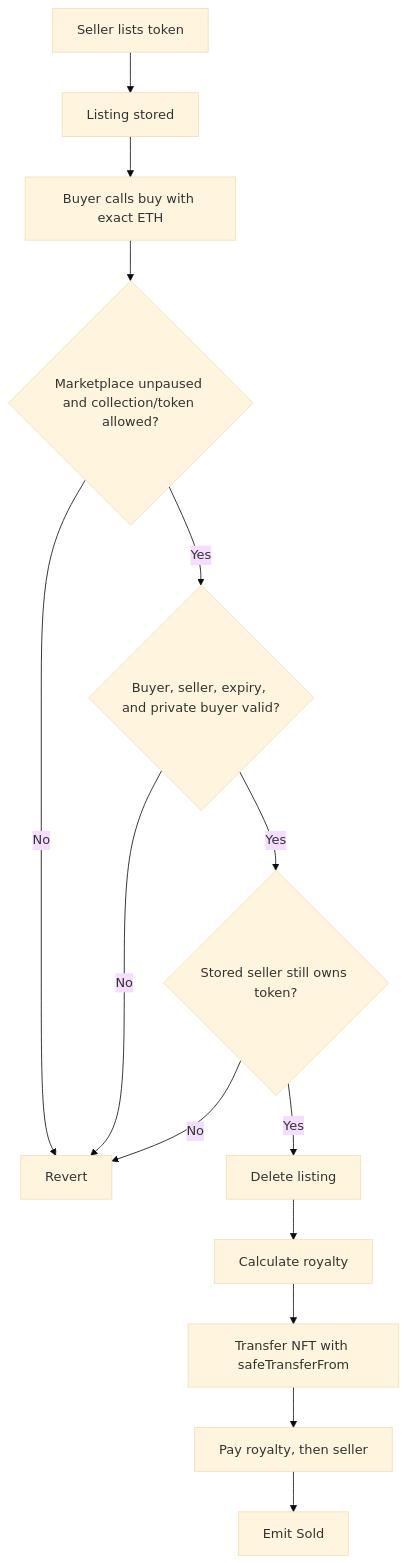
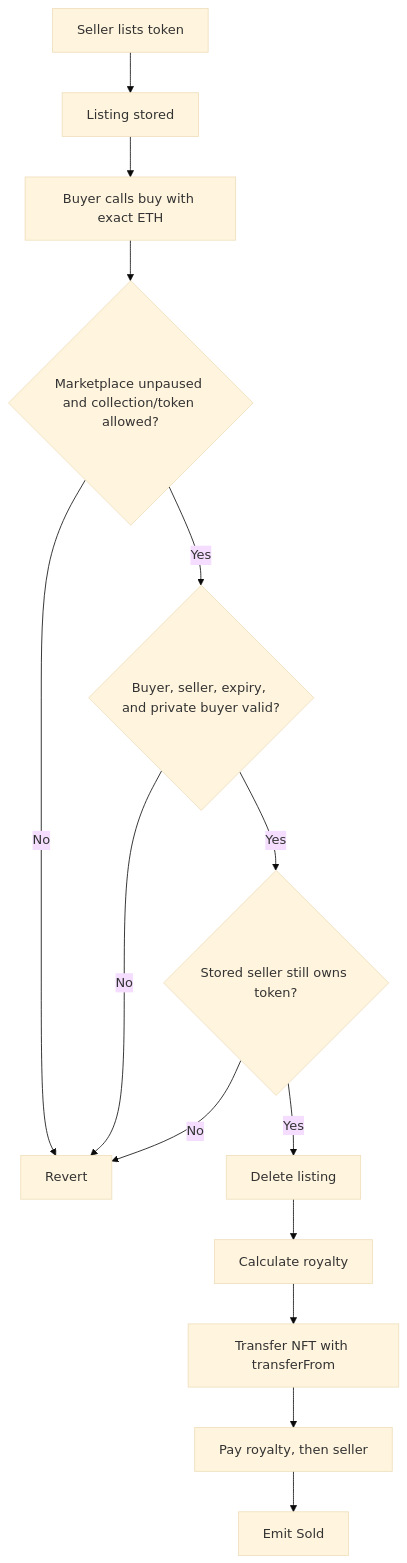
The first of 4 diagrams in README.md (mpeyfuss/luci-market), drawn with Mermaid (base theme) before and after one commit. The commit also changed other lines of this file and 4 other files, not shown here.

````diff
--- a/README.md
+++ b/README.md
@@ -47,16 +47,16 @@
 ```mermaid
 flowchart TD
     A[Seller lists token] --> B[Listing stored]
     B --> C[Buyer calls buy with exact ETH]
     C --> D{Marketplace unpaused and collection/token allowed?}
     D -- No --> X[Revert]
     D -- Yes --> E{Buyer, seller, expiry, and private buyer valid?}
     E -- No --> X
     E -- Yes --> F{Stored seller still owns token?}
     F -- No --> X
     F -- Yes --> G[Delete listing]
     G --> H[Calculate royalty]
-    H --> I[Transfer NFT with safeTransferFrom]
+    H --> I[Transfer NFT with transferFrom]
     I --> J[Pay royalty, then seller]
     J --> K[Emit Sold]
 ```
````
